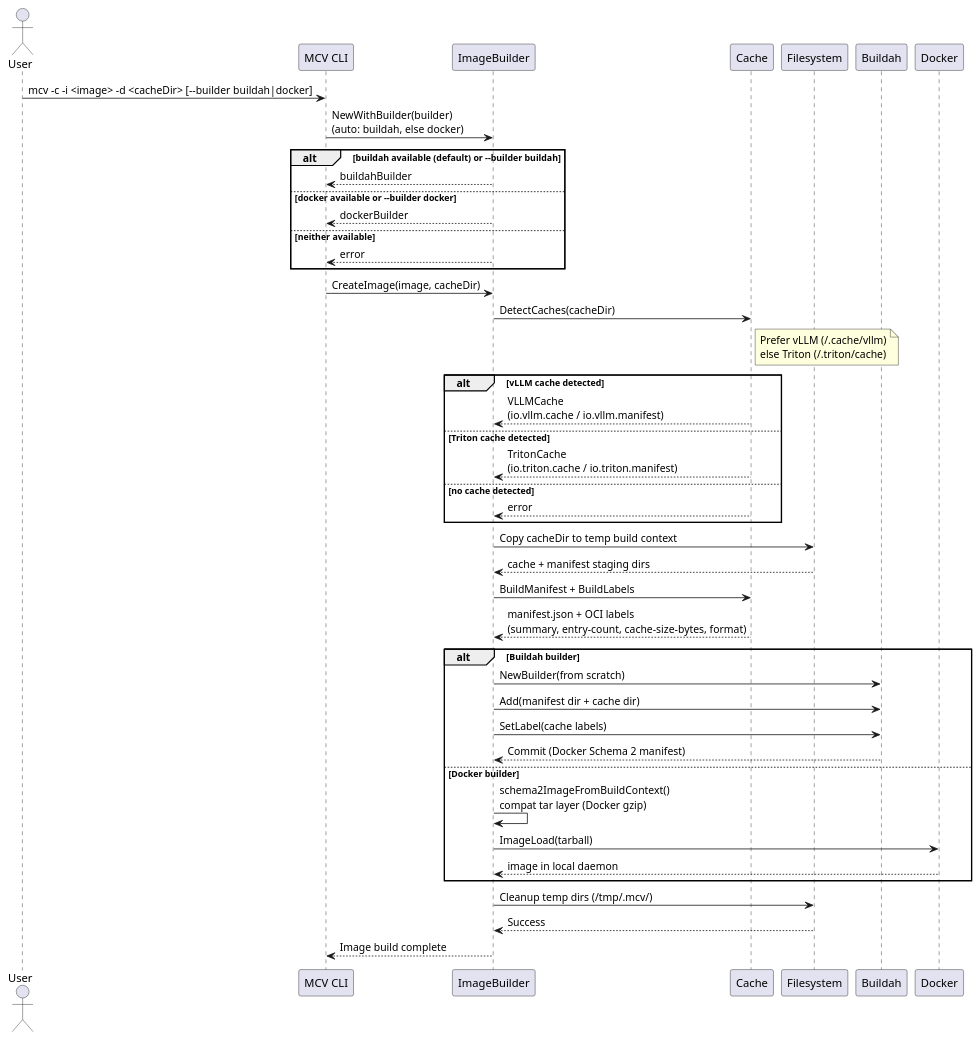
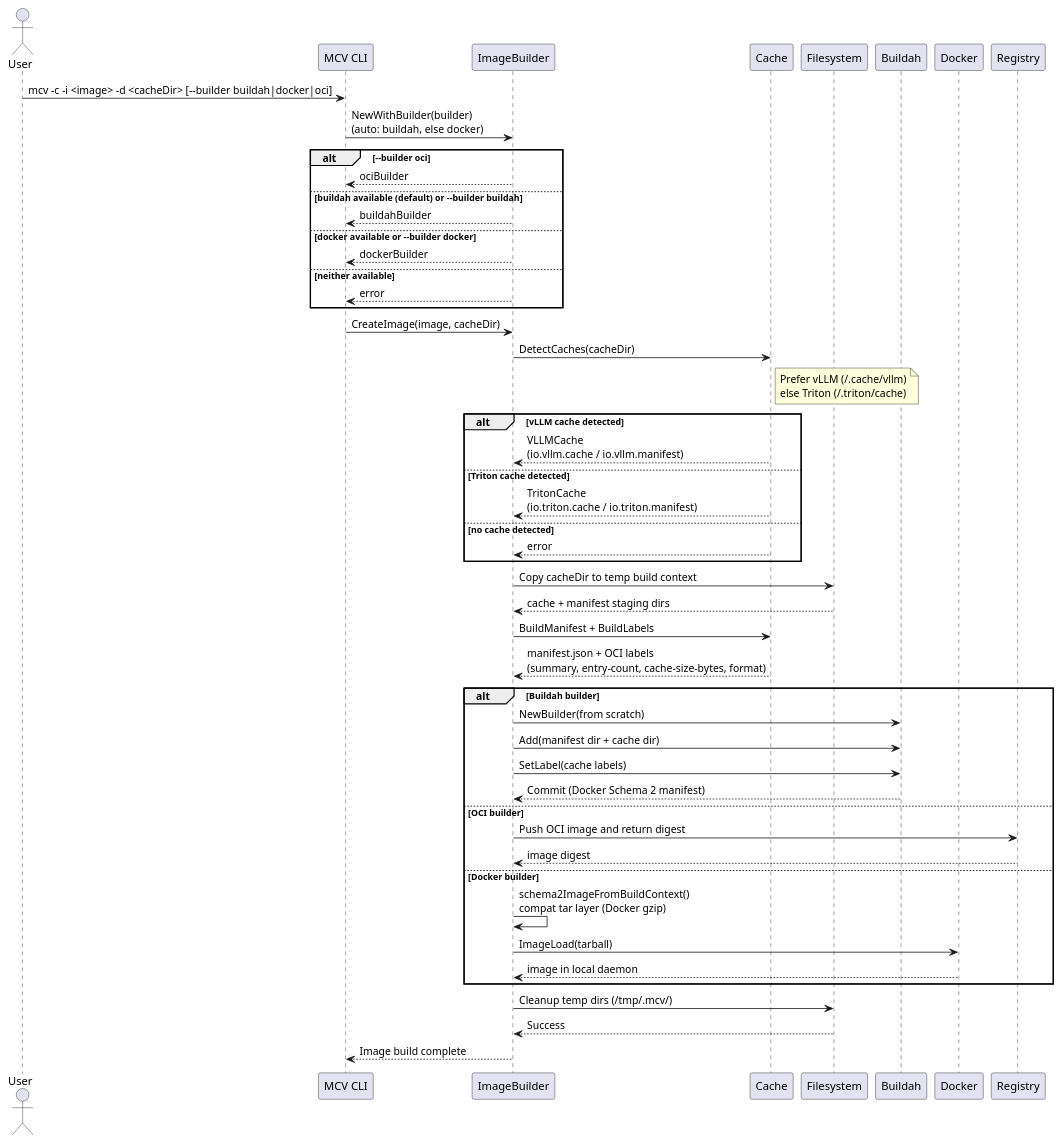
Before and after one commit to kserve/kserve: the diagram in kernelcache/mcv/docs/puml/create.puml, drawn with PlantUML. The commit also changed 5 other files, not shown here.

Commit message:
docs(mcv): document OCI delta and capture sidecar (#6242)

```diff
--- a/kernelcache/mcv/docs/puml/create.puml
+++ b/kernelcache/mcv/docs/puml/create.puml
@@ -1,58 +1,64 @@
 @startuml
 actor User
 participant "MCV CLI" as CLI
 participant "ImageBuilder" as Builder
 participant "Cache" as Cache
 participant "Filesystem" as FS
 participant "Buildah" as Buildah
 participant "Docker" as Docker
+participant "Registry" as Registry
 
-User -> CLI : mcv -c -i <image> -d <cacheDir> [--builder buildah|docker]
+User -> CLI : mcv -c -i <image> -d <cacheDir> [--builder buildah|docker|oci]
 CLI -> Builder : NewWithBuilder(builder)\n(auto: buildah, else docker)
 
-alt buildah available (default) or --builder buildah
+alt --builder oci
+    Builder --> CLI : ociBuilder
+else buildah available (default) or --builder buildah
     Builder --> CLI : buildahBuilder
 else docker available or --builder docker
     Builder --> CLI : dockerBuilder
 else neither available
     Builder --> CLI : error
 end
 
 CLI -> Builder : CreateImage(image, cacheDir)
 
 Builder -> Cache : DetectCaches(cacheDir)
 note right of Cache
   Prefer vLLM (~/.cache/vllm)
   else Triton (~/.triton/cache)
 end note
 
 alt vLLM cache detected
     Cache --> Builder : VLLMCache\n(io.vllm.cache / io.vllm.manifest)
 else Triton cache detected
     Cache --> Builder : TritonCache\n(io.triton.cache / io.triton.manifest)
 else no cache detected
     Cache --> Builder : error
 end
 
 Builder -> FS : Copy cacheDir to temp build context
 FS --> Builder : cache + manifest staging dirs
 
 Builder -> Cache : BuildManifest + BuildLabels
 Cache --> Builder : manifest.json + OCI labels\n(summary, entry-count, cache-size-bytes, format)
 
 alt Buildah builder
     Builder -> Buildah : NewBuilder(from scratch)
     Builder -> Buildah : Add(manifest dir + cache dir)
     Builder -> Buildah : SetLabel(cache labels)
     Buildah --> Builder : Commit (Docker Schema 2 manifest)
+else OCI builder
+    Builder -> Registry : Push OCI image and return digest
+    Registry --> Builder : image digest
 else Docker builder
     Builder -> Builder : schema2ImageFromBuildContext()\ncompat tar layer (Docker gzip)
     Builder -> Docker : ImageLoad(tarball)
     Docker --> Builder : image in local daemon
 end
 
 Builder -> FS : Cleanup temp dirs (/tmp/.mcv/)
 FS --> Builder : Success
 
 Builder --> CLI : Image build complete
 @enduml
```
